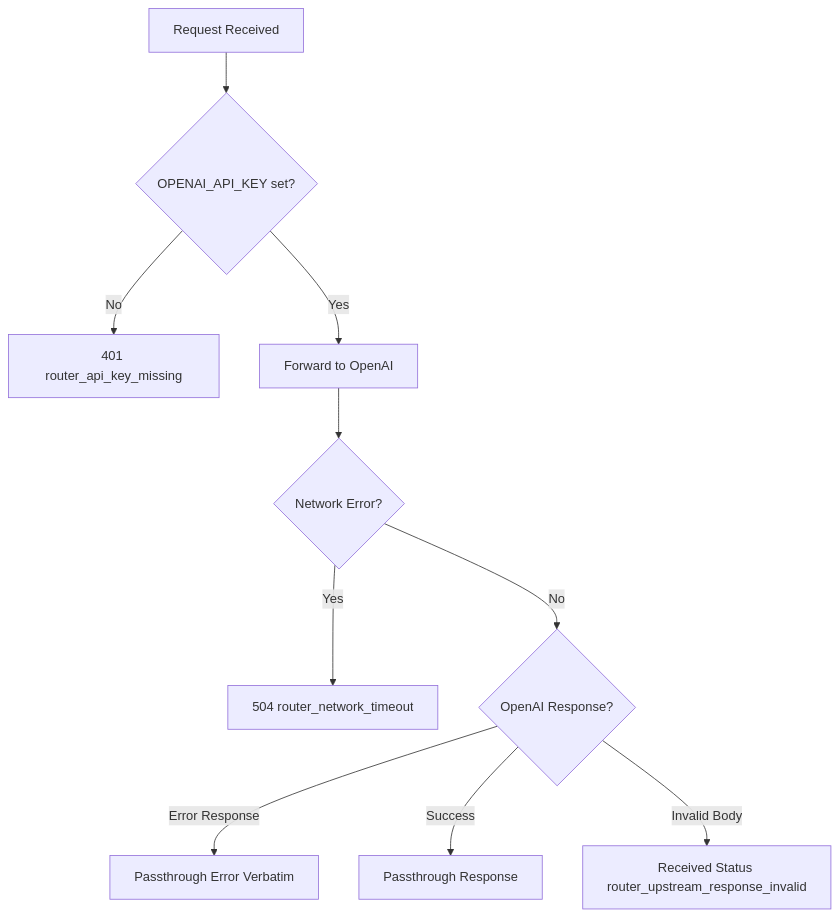
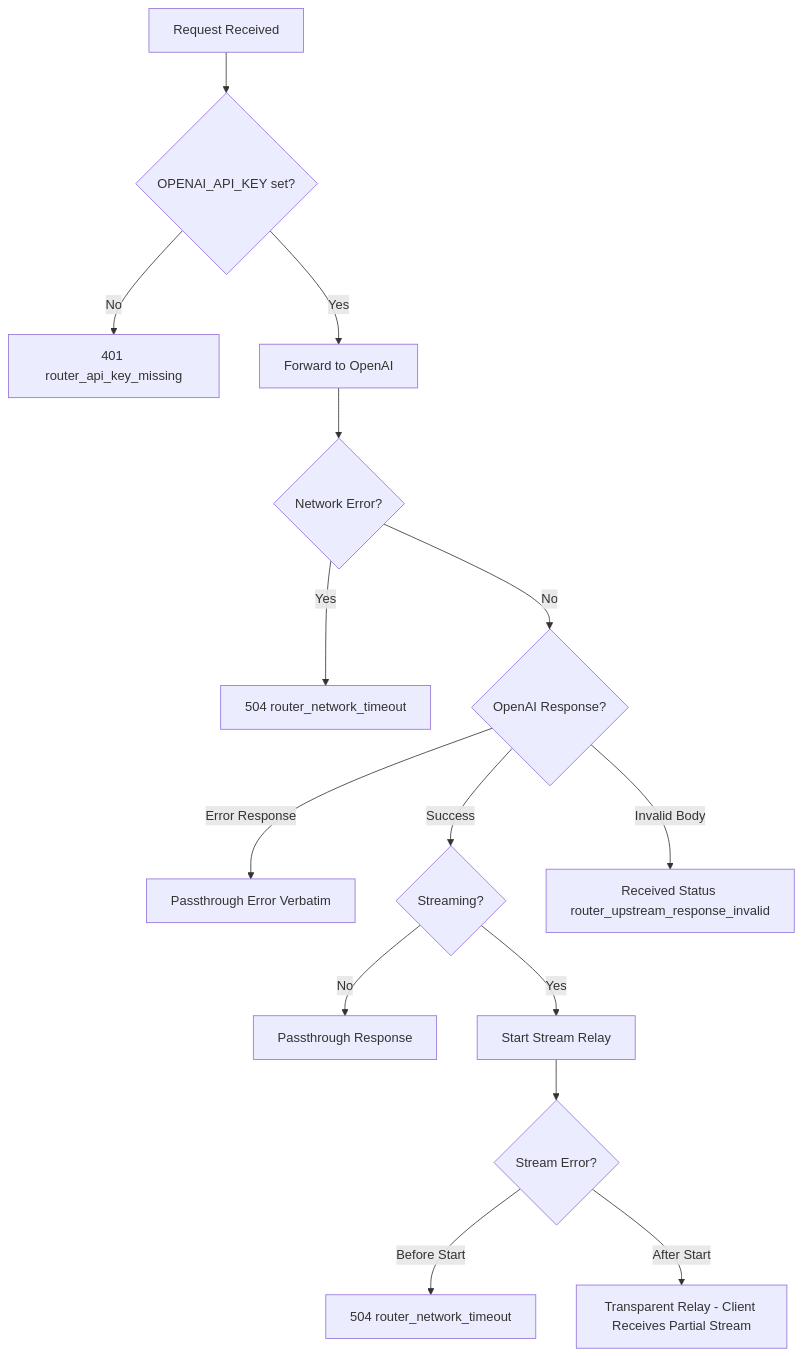
The third of 5 diagrams in .kiro/specs/openai-passthrough/design.md (yohi/codex-antigravity-adapter), drawn with Mermaid before and after one commit. The commit also changed other lines of this file, not shown here.

````diff
--- a/.kiro/specs/openai-passthrough/design.md
+++ b/.kiro/specs/openai-passthrough/design.md
@@ -138,12 +138,17 @@
 ```mermaid
 flowchart TD
     A[Request Received] --> B{OPENAI_API_KEY set?}
     B -->|No| C[401 router_api_key_missing]
     B -->|Yes| D[Forward to OpenAI]
     D --> E{Network Error?}
     E -->|Yes| F[504 router_network_timeout]
     E -->|No| G{OpenAI Response?}
     G -->|Error Response| H[Passthrough Error Verbatim]
-    G -->|Success| I[Passthrough Response]
-    G -->|Invalid Body| J[Received Status router_upstream_response_invalid]
+    G -->|Success| I{Streaming?}
+    I -->|No| J[Passthrough Response]
+    I -->|Yes| K[Start Stream Relay]
+    K --> L{Stream Error?}
+    L -->|Before Start| M[504 router_network_timeout]
+    L -->|After Start| N[Transparent Relay - Client Receives Partial Stream]
+    G -->|Invalid Body| O[Received Status router_upstream_response_invalid]
 ```
````
